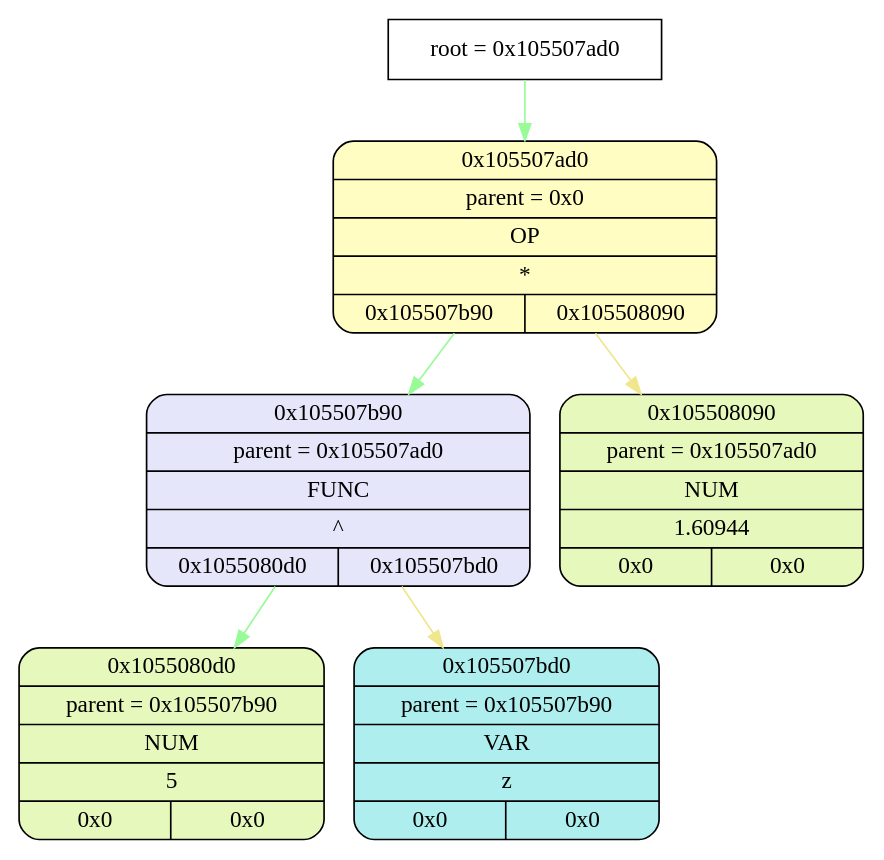
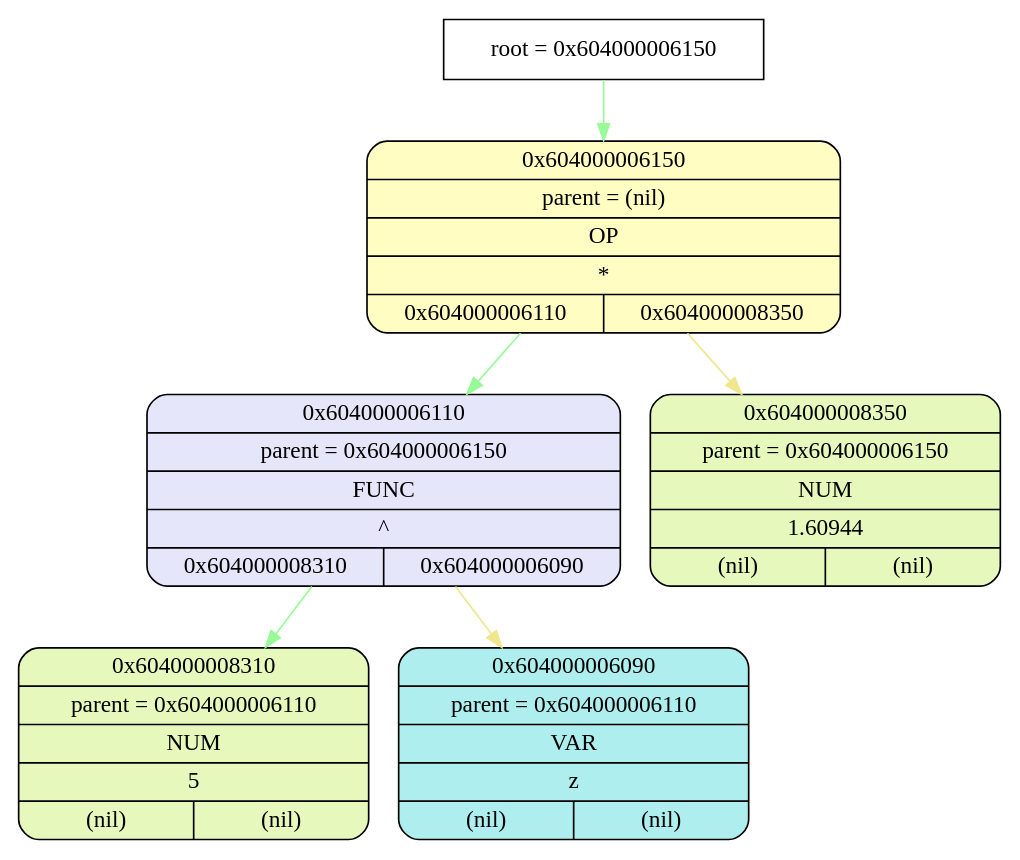
The diagram in tmp/graphviz.dot (esgalimov/differentiator), drawn with Graphviz before and after one commit. The commit also changed 13 other files, not shown here.

```diff
--- a/tmp/graphviz.dot
+++ b/tmp/graphviz.dot
@@ -1,20 +1,20 @@
 digraph
 {
-    node_info[shape = record, label = "{root = 0x105507ad0}"];
+    node_info[shape = record, label = "{root = 0x604000006150}"];
 
-    node_info->node_0x105507ad0 [color = "#98FB98"];
-    node_0x105507ad0[shape = Mrecord, label = "{{0x105507ad0} | {parent =  0x0} | {OP} | {*} | {0x105507b90 | 0x105508090}}",
+    node_info->node_0x604000006150 [color = "#98FB98"];
+    node_0x604000006150[shape = Mrecord, label = "{{0x604000006150} | {parent =  (nil)} | {OP} | {*} | {0x604000006110 | 0x604000008350}}",
                 style="filled", fillcolor="#FFFDC2"];
-    node_0x105507b90[shape = Mrecord, label = "{{0x105507b90} | {parent =  0x105507ad0} | {FUNC} | {^} | {0x1055080d0 | 0x105507bd0}}",
+    node_0x604000006110[shape = Mrecord, label = "{{0x604000006110} | {parent =  0x604000006150} | {FUNC} | {^} | {0x604000008310 | 0x604000006090}}",
                 style="filled", fillcolor="#E6E6FA"];
-    node_0x1055080d0[shape = Mrecord, label = "{{0x1055080d0} | {parent =  0x105507b90} | {NUM} | {5} | {0x0 | 0x0}}",
+    node_0x604000008310[shape = Mrecord, label = "{{0x604000008310} | {parent =  0x604000006110} | {NUM} | {5} | {(nil) | (nil)}}",
                 style="filled", fillcolor="#E7F8BC"];
-    node_0x105507bd0[shape = Mrecord, label = "{{0x105507bd0} | {parent =  0x105507b90} | {VAR} | {z} | {0x0 | 0x0}}",
+    node_0x604000006090[shape = Mrecord, label = "{{0x604000006090} | {parent =  0x604000006110} | {VAR} | {z} | {(nil) | (nil)}}",
                     style="filled", fillcolor="#AFEEEE"];
-    node_0x105508090[shape = Mrecord, label = "{{0x105508090} | {parent =  0x105507ad0} | {NUM} | {1.60944} | {0x0 | 0x0}}",
+    node_0x604000008350[shape = Mrecord, label = "{{0x604000008350} | {parent =  0x604000006150} | {NUM} | {1.60944} | {(nil) | (nil)}}",
                 style="filled", fillcolor="#E7F8BC"];
-    node_0x105507ad0->node_0x105507b90 [color = "#98FB98"];
-    node_0x105507b90->node_0x1055080d0 [color = "#98FB98"];
-    node_0x105507b90->node_0x105507bd0 [color = "#F0E68C"];
-    node_0x105507ad0->node_0x105508090 [color = "#F0E68C"];
+    node_0x604000006150->node_0x604000006110 [color = "#98FB98"];
+    node_0x604000006110->node_0x604000008310 [color = "#98FB98"];
+    node_0x604000006110->node_0x604000006090 [color = "#F0E68C"];
+    node_0x604000006150->node_0x604000008350 [color = "#F0E68C"];
 }
```
